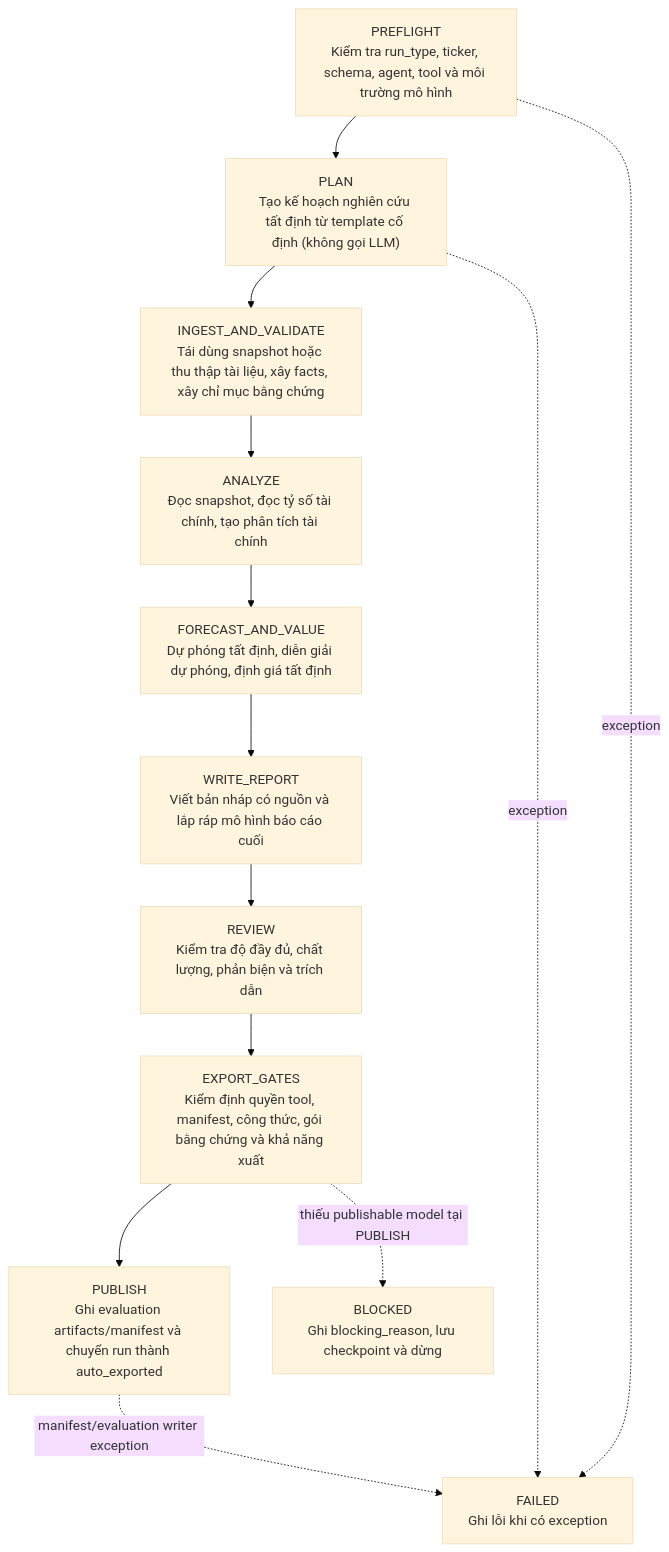
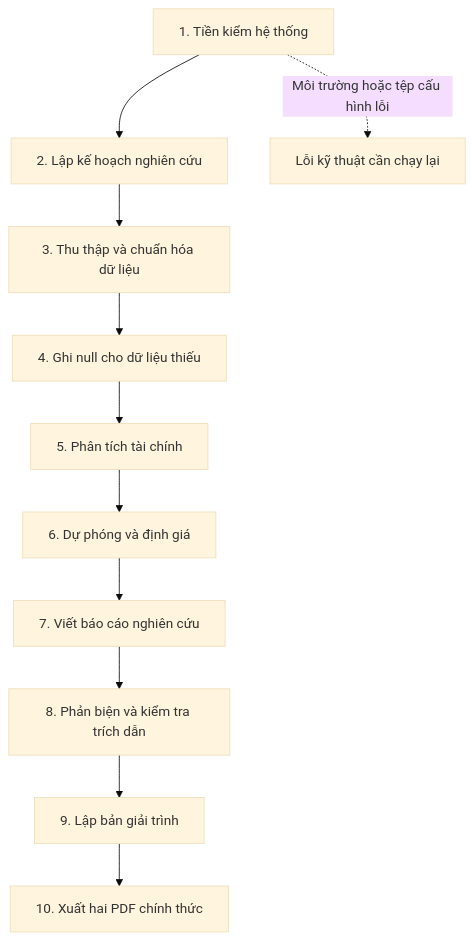
The fourth of 9 diagrams in docs/SEQUENCE.md (haubelerche/equity-research-system), drawn with Mermaid (base theme) before and after one commit. The commit also changed other lines of this file and 122 other files, not shown here.

````diff
--- a/docs/SEQUENCE.md
+++ b/docs/SEQUENCE.md
@@ -126,20 +125,17 @@
 ```mermaid
 flowchart TD
-    A["PREFLIGHT<br/>Kiểm tra run_type, ticker, schema, agent, tool và môi trường mô hình"]
-    B["PLAN<br/>Tạo kế hoạch nghiên cứu tất định từ template cố định (không gọi LLM)"]
-    C["INGEST_AND_VALIDATE<br/>Tái dùng snapshot hoặc thu thập tài liệu, xây facts, xây chỉ mục bằng chứng"]
-    D["ANALYZE<br/>Đọc snapshot, đọc tỷ số tài chính, tạo phân tích tài chính"]
-    E["FORECAST_AND_VALUE<br/>Dự phóng tất định, diễn giải dự phóng, định giá tất định"]
-    F["WRITE_REPORT<br/>Viết bản nháp có nguồn và lắp ráp mô hình báo cáo cuối"]
-    G["REVIEW<br/>Kiểm tra độ đầy đủ, chất lượng, phản biện và trích dẫn"]
-    H["EXPORT_GATES<br/>Kiểm định quyền tool, manifest, công thức, gói bằng chứng và khả năng xuất"]
-    I["PUBLISH<br/>Ghi evaluation artifacts/manifest và chuyển run thành auto_exported"]
-    X["BLOCKED<br/>Ghi blocking_reason, lưu checkpoint và dừng"]
-    Y["FAILED<br/>Ghi lỗi khi có exception"]
+    A["1. Tiền kiểm hệ thống"]
+    B["2. Lập kế hoạch nghiên cứu"]
+    C["3. Thu thập và chuẩn hóa dữ liệu"]
+    D["4. Ghi null cho dữ liệu thiếu"]
+    E["5. Phân tích tài chính"]
+    F["6. Dự phóng và định giá"]
+    G["7. Viết báo cáo nghiên cứu"]
+    H["8. Phản biện và kiểm tra trích dẫn"]
+    I["9. Lập bản giải trình"]
+    J["10. Xuất hai PDF chính thức"]
+    X["Lỗi kỹ thuật cần chạy lại"]
 
-    A --> B --> C --> D --> E --> F --> G --> H --> I
-    H -. "thiếu publishable model tại PUBLISH" .-> X
-    A -. "exception" .-> Y
-    B -. "exception" .-> Y
-    I -. "manifest/evaluation writer exception" .-> Y
+    A --> B --> C --> D --> E --> F --> G --> H --> I --> J
+    A -. "Môi trường hoặc tệp cấu hình lỗi" .-> X
 ```
````
